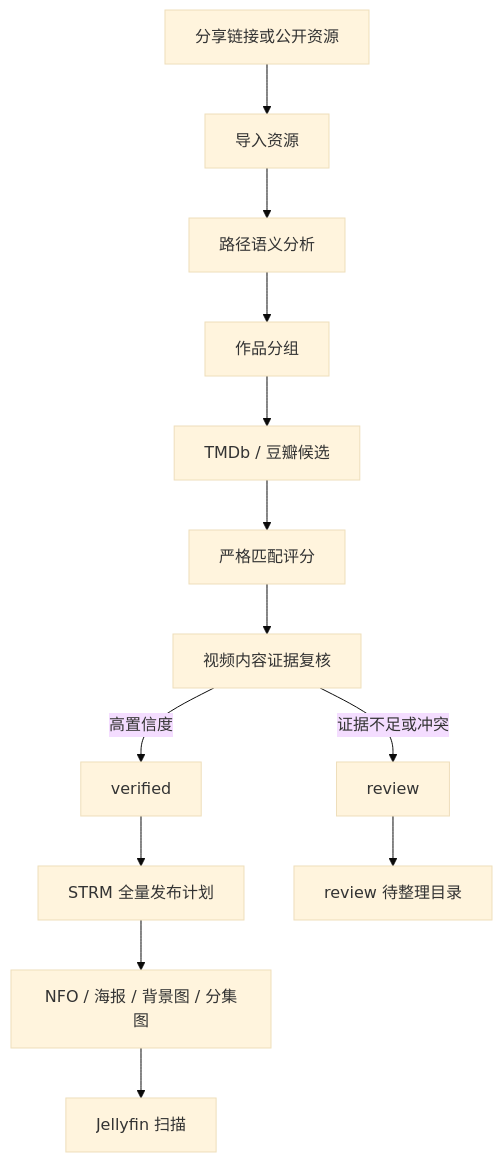
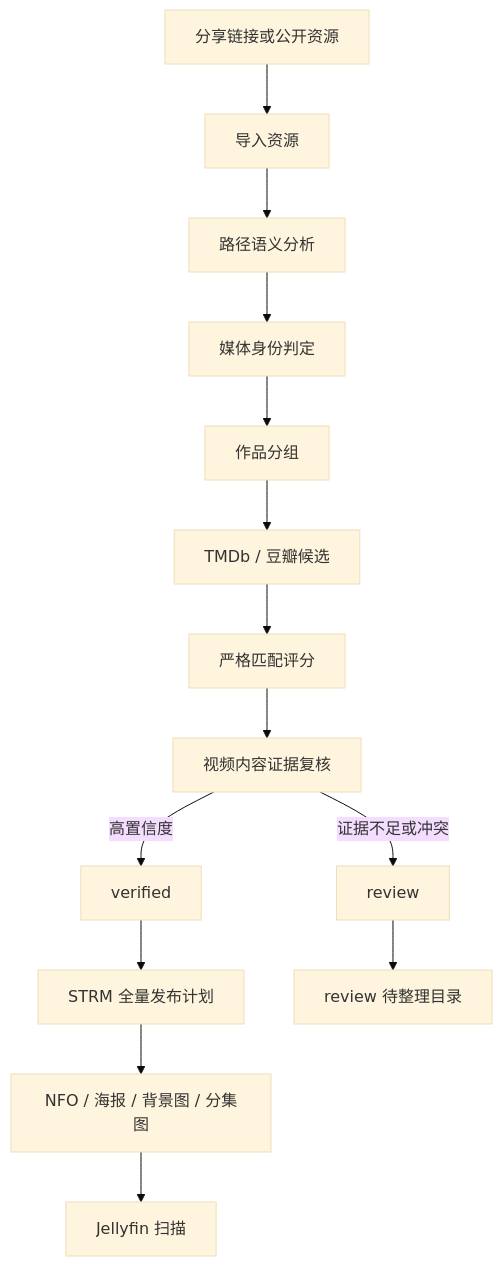
One commit to hongguang1994/ivideo changed the diagram in docs/media-pipeline.md. Above: the diagram before and after it, drawn with Mermaid (base theme). The commit also changed other lines of this file and 13 other files, not shown here.

````diff
--- a/docs/media-pipeline.md
+++ b/docs/media-pipeline.md
@@ -5,15 +5,16 @@
 ```mermaid
 flowchart TD
     Share["分享链接或公开资源"] --> Import["导入资源"]
     Import --> Path["路径语义分析"]
-    Path --> Group["作品分组"]
+    Path --> Identity["媒体身份判定"]
+    Identity --> Group["作品分组"]
     Group --> Candidates["TMDb / 豆瓣候选"]
     Candidates --> Score["严格匹配评分"]
     Score --> Verify["视频内容证据复核"]
     Verify -->|高置信度| Confirmed["verified"]
     Verify -->|证据不足或冲突| Review["review"]
     Confirmed --> Plan["STRM 全量发布计划"]
     Review --> ReviewDir["review 待整理目录"]
     Plan --> NFO["NFO / 海报 / 背景图 / 分集图"]
     NFO --> Jellyfin["Jellyfin 扫描"]
 ```
````
